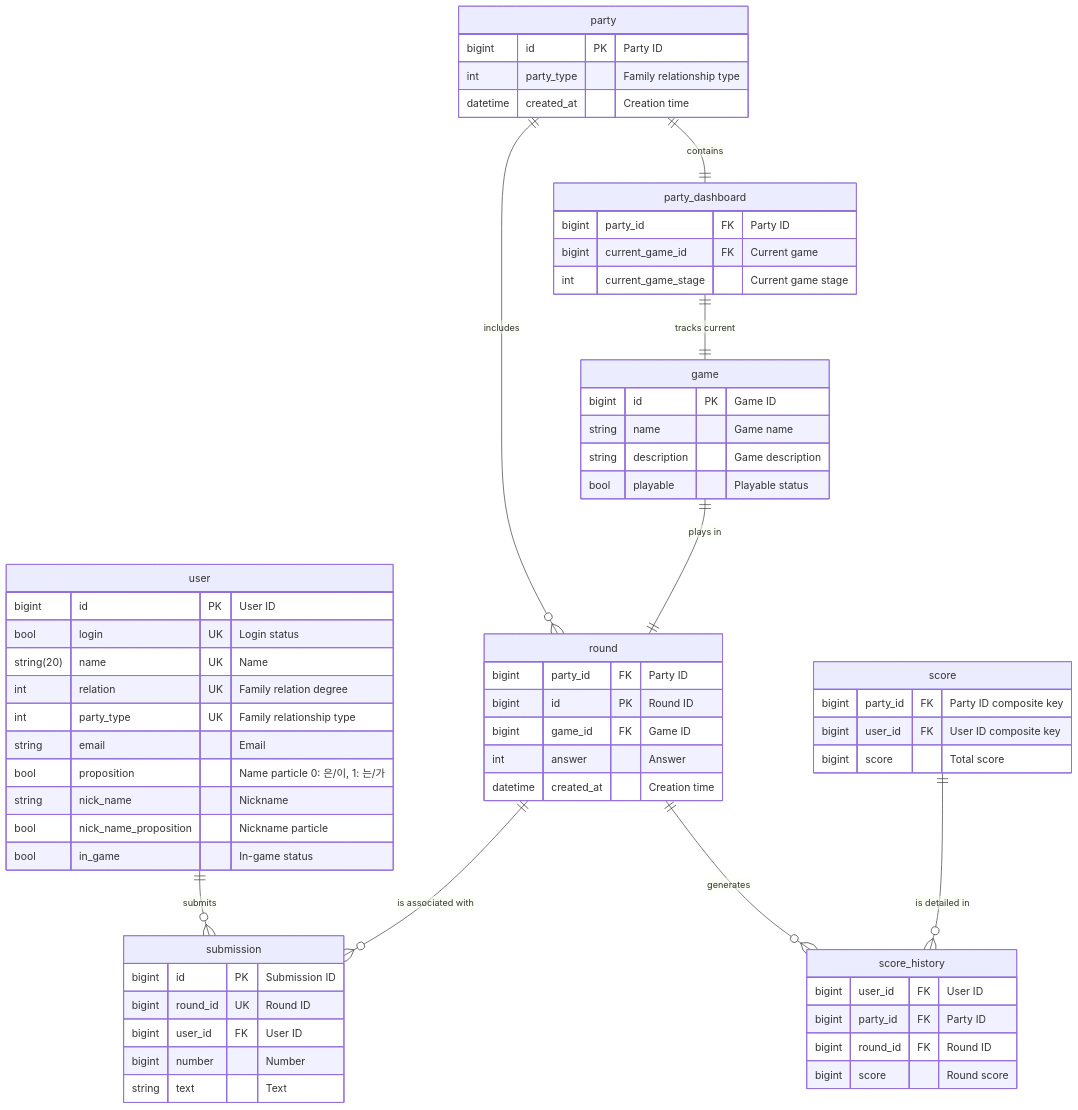
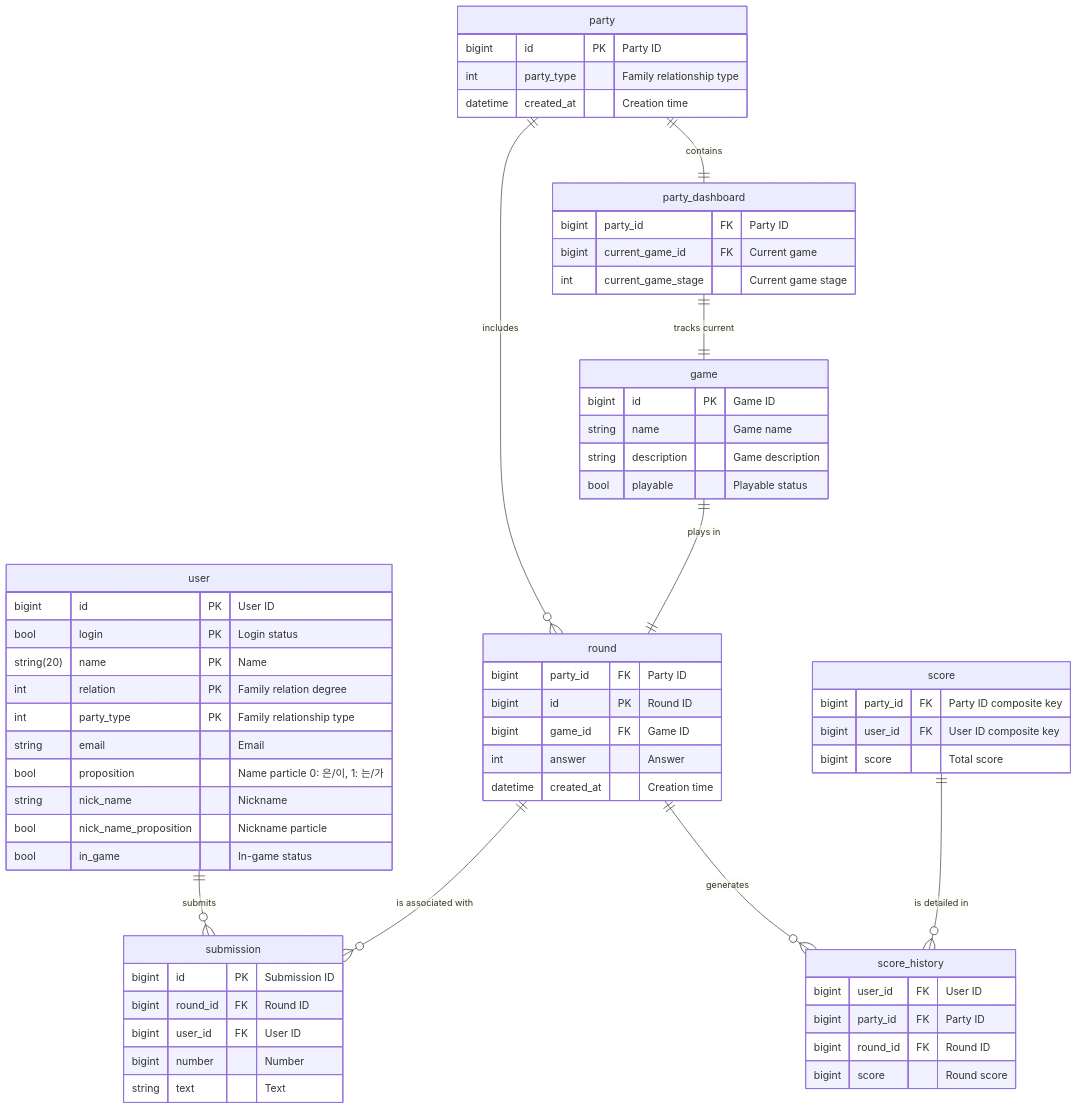
The diagram in README.md (hyeonwoody/hyeonworld), drawn with Mermaid before and after one commit.

Commit message:
📝DOCS : Update README.md

````diff
--- a/README.md
+++ b/README.md
@@ -31,65 +31,65 @@
 ```mermaid
 erDiagram
     user{
         bigint id PK "User ID"
-        bool login UK "Login status"
-        string(20) name UK "Name"
-        int relation UK "Family relation degree"
-        int party_type UK "Family relationship type"
+        bool login PK "Login status"
+        string(20) name PK "Name"
+        int relation PK "Family relation degree"
+        int party_type PK "Family relationship type"
         string email "Email"
         bool proposition "Name particle 0: 은/이, 1: 는/가"
         string nick_name "Nickname"
         bool nick_name_proposition "Nickname particle"
         bool in_game "In-game status"
     }
     party{
         bigint id PK "Party ID"
         int party_type "Family relationship type"
         datetime created_at "Creation time"
     }
     party_dashboard{
         bigint party_id FK "Party ID"
         bigint current_game_id FK "Current game"
         int current_game_stage "Current game stage"
     }
     game{
         bigint id PK "Game ID"
         string name "Game name"
         string description "Game description"
         bool playable "Playable status"
     }
     round{
         bigint party_id FK "Party ID"
         bigint id PK "Round ID"
         bigint game_id FK "Game ID"
         int answer "Answer"
         datetime created_at "Creation time"
     }
     submission{
         bigint id PK "Submission ID"
-        bigint round_id UK "Round ID"
+        bigint round_id FK "Round ID"
         bigint user_id FK "User ID"
         bigint number "Number"
         string text "Text"
     }
     score{
         bigint party_id FK "Party ID composite key"
         bigint user_id FK "User ID composite key"
         bigint score "Total score"
     }
     score_history{
         bigint user_id FK "User ID"
         bigint party_id FK "Party ID"
         bigint round_id FK "Round ID"
         bigint score "Round score"
     }
     party ||--|| party_dashboard : contains
     party_dashboard ||--|| game : "tracks current"
     party ||--o{ round : includes
     user ||--o{ submission : submits
     round ||--o{ submission : "is associated with"
     round ||--o{ score_history : generates
     score ||--o{ score_history : "is detailed in"
 
     game ||--|| round : "plays in"
 ```
````
